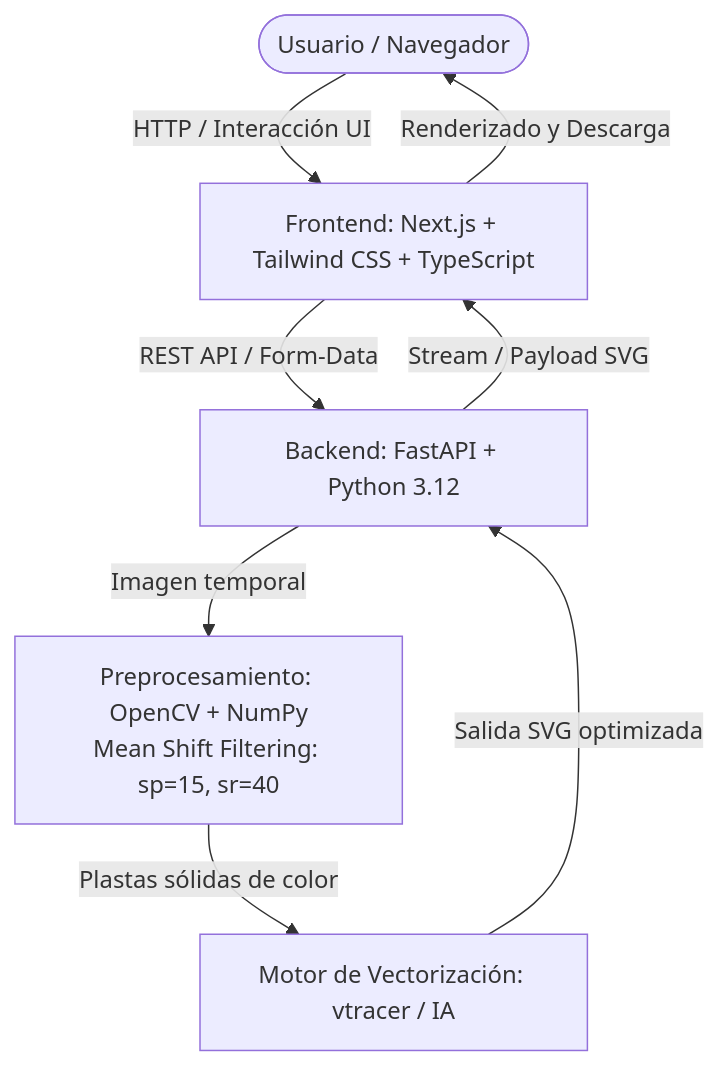
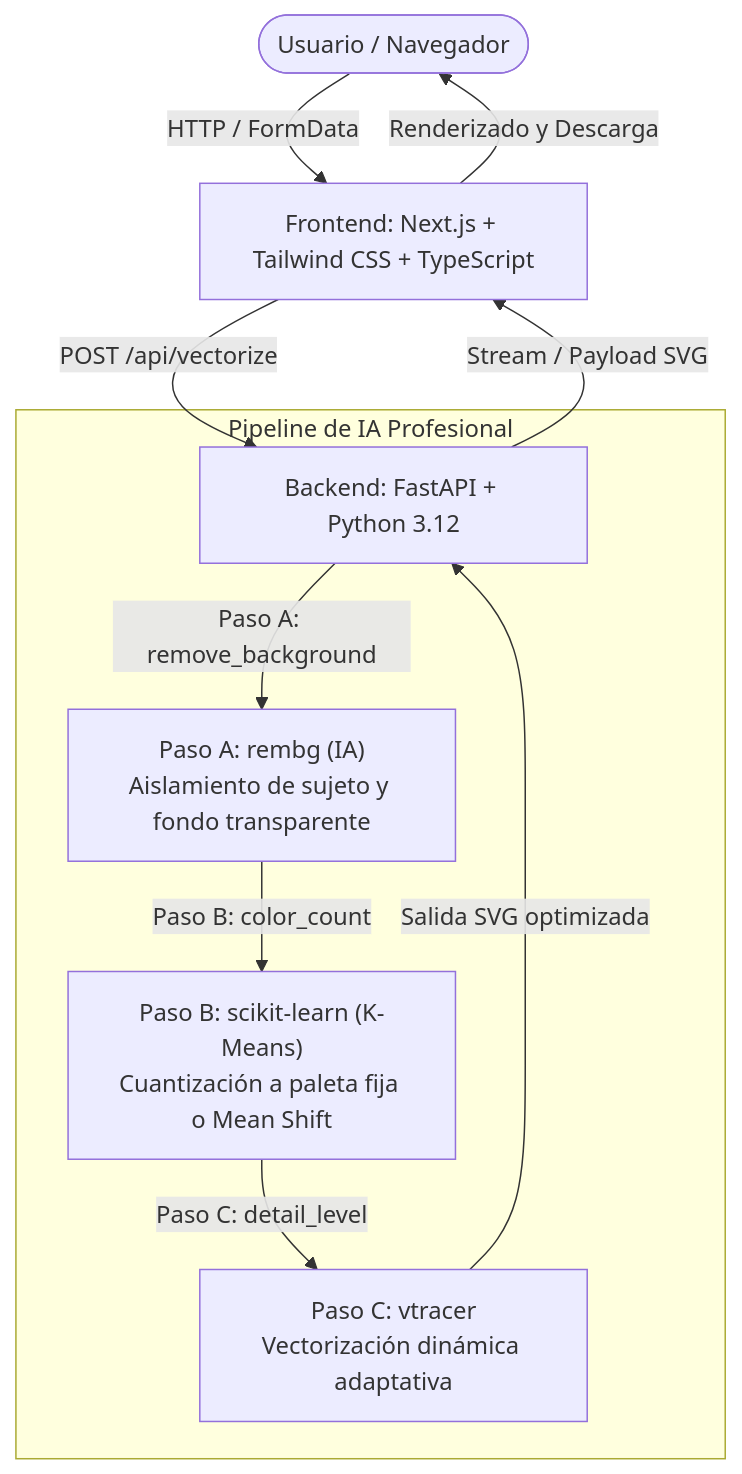
One commit to zamora322/TraceAI changed the diagram in README.md. Above: the diagram before and after it, drawn with Mermaid. The commit also changed other lines of this file and 2 other files, not shown here.

Commit message:
feat(backend): implementar pipeline avanzado de IA con rembg, K-Means y vectorización dinámica

````diff
--- a/README.md
+++ b/README.md
@@ -23,10 +23,15 @@
 ```mermaid
 graph TD
-    User([Usuario / Navegador]) -->|HTTP / Interacción UI| Frontend[Frontend: Next.js + Tailwind CSS + TypeScript]
-    Frontend -->|REST API / Form-Data| Backend[Backend: FastAPI + Python 3.12]
-    Backend -->|Imagen temporal| Preprocess[Preprocesamiento: OpenCV + NumPy<br>Mean Shift Filtering: sp=15, sr=40]
-    Preprocess -->|Plastas sólidas de color| Engine[Motor de Vectorización: vtracer / IA]
+    User([Usuario / Navegador]) -->|HTTP / FormData| Frontend[Frontend: Next.js + Tailwind CSS + TypeScript]
+    Frontend -->|POST /api/vectorize| Backend[Backend: FastAPI + Python 3.12]
+
+    subgraph Pipeline ["Pipeline de IA Profesional"]
+        Backend -->|Paso A: remove_background| RemBG["Paso A: rembg (IA)<br>Aislamiento de sujeto y fondo transparente"]
+        RemBG -->|Paso B: color_count| Quant["Paso B: scikit-learn (K-Means)<br>Cuantización a paleta fija o Mean Shift"]
+        Quant -->|Paso C: detail_level| Engine["Paso C: vtracer<br>Vectorización dinámica adaptativa"]
+    end
+
     Engine -->|Salida SVG optimizada| Backend
     Backend -->|Stream / Payload SVG| Frontend
     Frontend -->|Renderizado y Descarga| User
 ```
````
